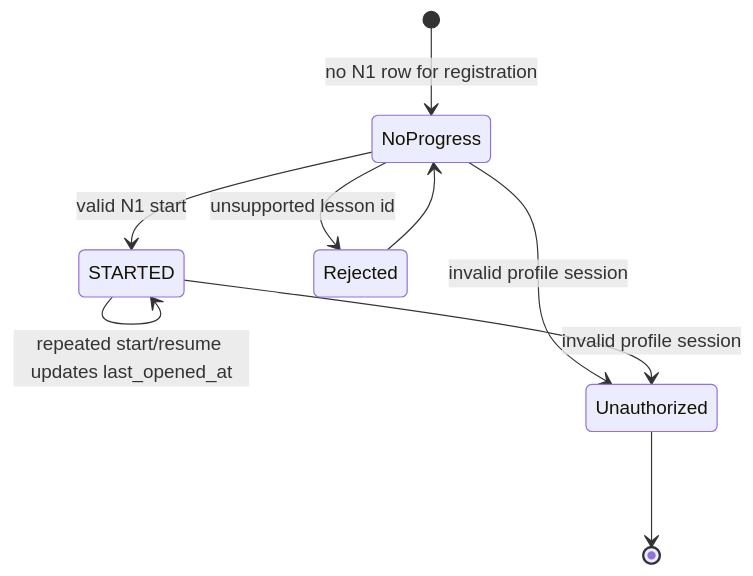
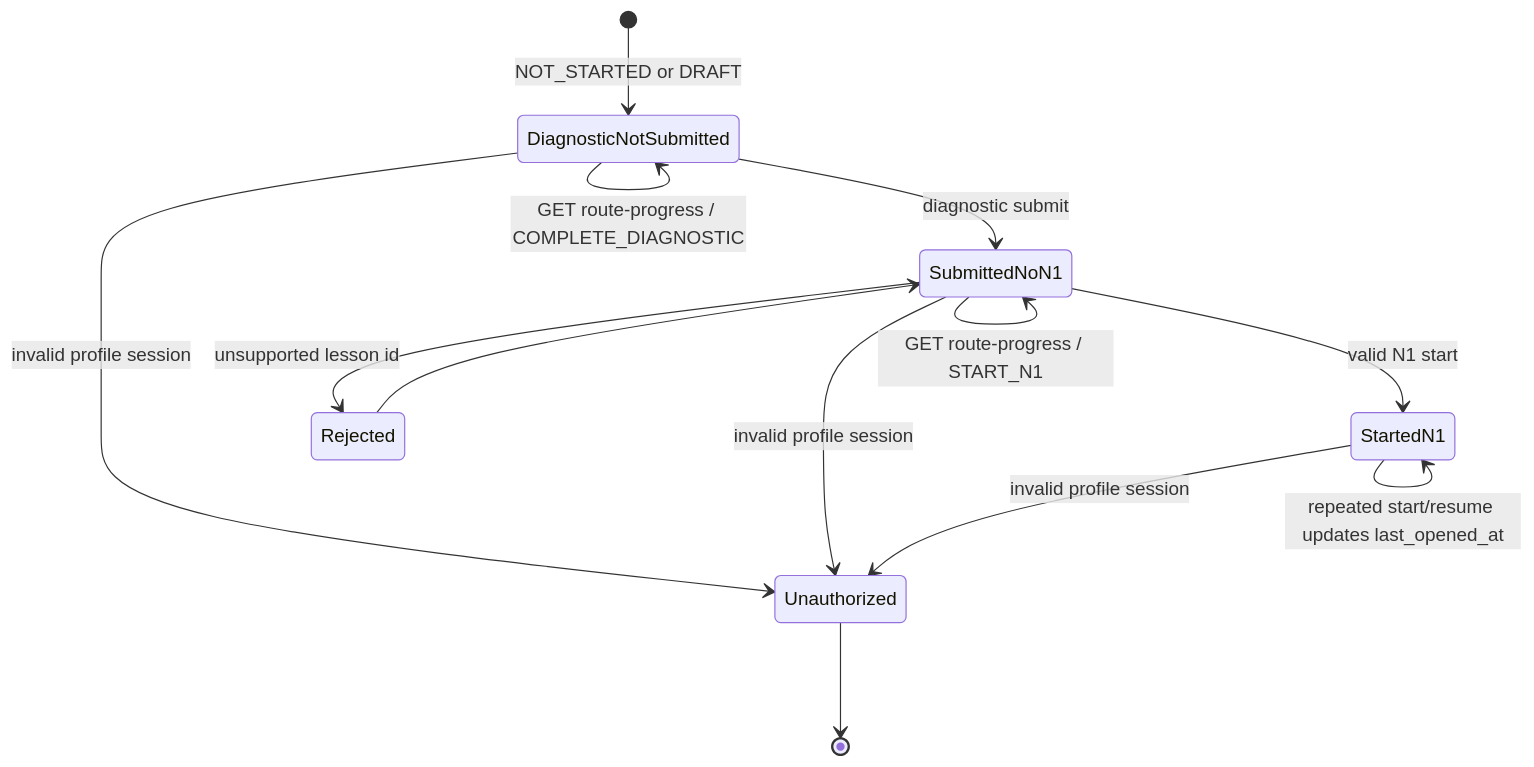
The eighth of 8 diagrams in docs/architecture/access-and-subscriptions.md (UnidentifiedRaccoon/Finrhythm), drawn with Mermaid before and after one commit. The commit also changed other lines of this file and 40 other files, not shown here.

````diff
--- a/docs/architecture/access-and-subscriptions.md
+++ b/docs/architecture/access-and-subscriptions.md
@@ -308,11 +314,16 @@
 ```mermaid
 stateDiagram-v2
-    [*] --> NoProgress: no N1 row for registration
-    NoProgress --> STARTED: valid N1 start
-    STARTED --> STARTED: repeated start/resume updates last_opened_at
-    NoProgress --> Rejected: unsupported lesson id
-    Rejected --> NoProgress
-    NoProgress --> Unauthorized: invalid profile session
-    STARTED --> Unauthorized: invalid profile session
+    [*] --> DiagnosticNotSubmitted: NOT_STARTED or DRAFT
+    DiagnosticNotSubmitted --> DiagnosticNotSubmitted: GET route-progress / COMPLETE_DIAGNOSTIC
+    DiagnosticNotSubmitted --> SubmittedNoN1: diagnostic submit
+    SubmittedNoN1 --> SubmittedNoN1: GET route-progress / START_N1
+    SubmittedNoN1 --> StartedN1: valid N1 start
+    StartedN1 --> StartedN1: GET route-progress / RESUME_N1
+    StartedN1 --> StartedN1: repeated start/resume updates last_opened_at
+    SubmittedNoN1 --> Rejected: unsupported lesson id
+    Rejected --> SubmittedNoN1
+    DiagnosticNotSubmitted --> Unauthorized: invalid profile session
+    SubmittedNoN1 --> Unauthorized: invalid profile session
+    StartedN1 --> Unauthorized: invalid profile session
     Unauthorized --> [*]
 ```
````
